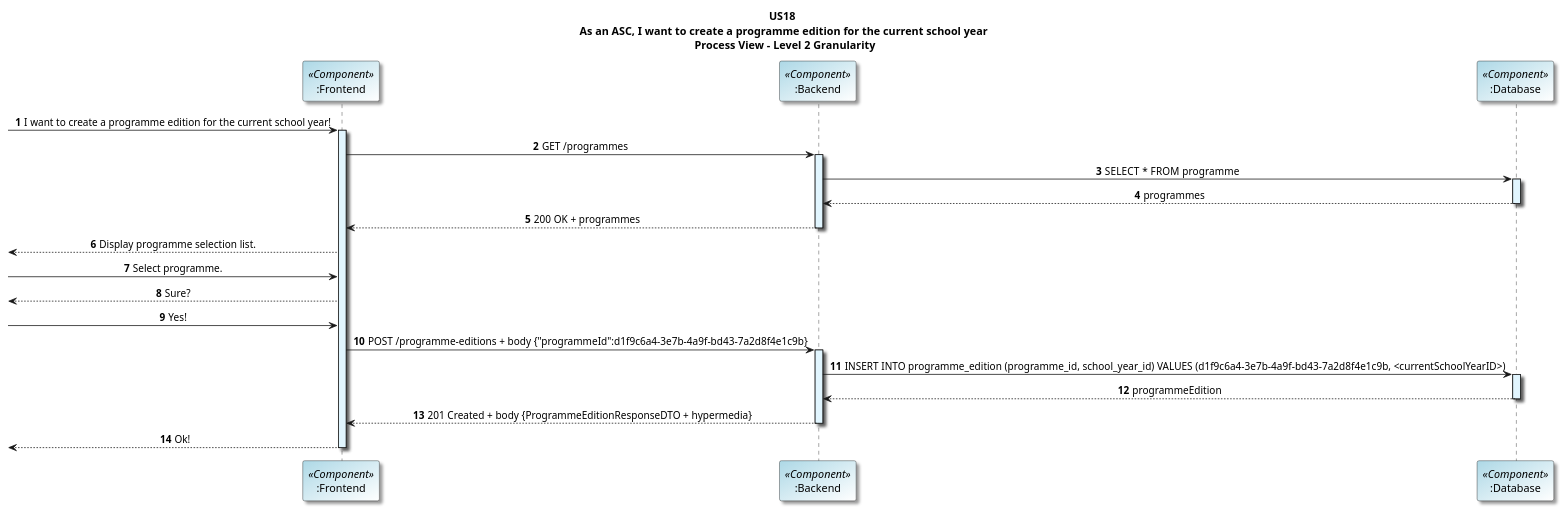
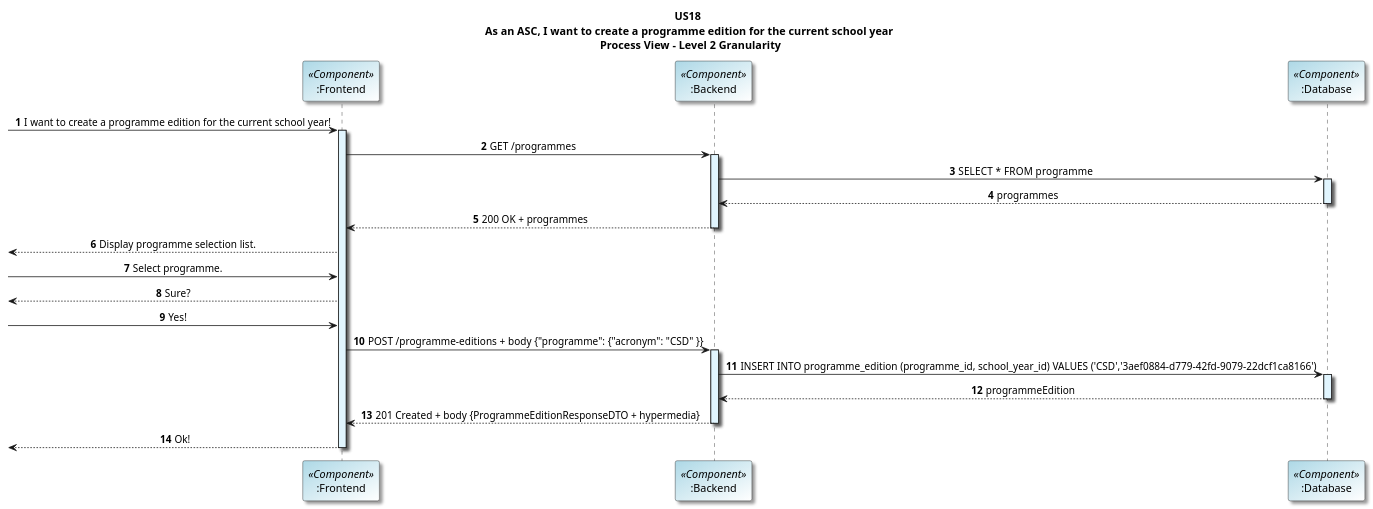
The diagram in docs/US18/sprint7_RestAPI/processView/CreateProgrammeEditionForCurrentSchoolYear_Level2Granularity.puml (GasparISEP/DevOps-PAI), drawn with PlantUML before and after one commit. The commit also changed 1 other file, not shown here.

Commit message:
Closes #695, Refs #666: Minor updates on L2 and L3 Process View diagrams

```diff
--- a/docs/US18/sprint7_RestAPI/processView/CreateProgrammeEditionForCurrentSchoolYear_Level2Granularity.puml
+++ b/docs/US18/sprint7_RestAPI/processView/CreateProgrammeEditionForCurrentSchoolYear_Level2Granularity.puml
@@ -1,51 +1,51 @@
 @startuml
 
 title US18 \n As an ASC, I want to create a programme edition for the current school year \n Process View - Level 2 Granularity
 skinparam titleFontName "Verdana"
 skinparam defaultFontName "Verdana"
 skinparam defaultTextAlignment center
 skinparam shadowing true
 skinparam actorBackgroundColor #lightblue
 skinparam participantBackgroundColor #lightblue/white
 autonumber
 
 
 participant ":Frontend" as frontend <<Component>>
 participant ":Backend" as backend <<Component>>
 participant ":Database" as DB <<Component>>
 
 -> frontend: I want to create a programme edition for the current school year!
 activate frontend #E1F5FE
 
 frontend -> backend: GET /programmes
 activate backend #E1F5FE
 backend -> DB: SELECT *  FROM programme
 activate DB #E1F5FE
 DB --> backend: programmes
 deactivate DB
 backend --> frontend: 200 OK + programmes
 deactivate backend
 <-- frontend: Display programme selection list.
 
 -> frontend: Select programme.
 
 
 <-- frontend: Sure?
 
 -> frontend: Yes!
 
-frontend -> backend: POST /programme-editions + body {"programmeId":d1f9c6a4-3e7b-4a9f-bd43-7a2d8f4e1c9b}
+frontend -> backend: POST /programme-editions + body {"programme": {"acronym": "CSD" }}
 activate backend #E1F5FE
-backend -> DB: INSERT INTO programme_edition (programme_id, school_year_id) VALUES (d1f9c6a4-3e7b-4a9f-bd43-7a2d8f4e1c9b, <currentSchoolYearID>)
+backend -> DB: INSERT INTO programme_edition (programme_id, school_year_id) VALUES ('CSD','3aef0884-d779-42fd-9079-22dcf1ca8166')
 activate DB #E1F5FE
 DB --> backend: programmeEdition
 deactivate DB
 
 
 backend --> frontend: 201 Created + body {ProgrammeEditionResponseDTO + hypermedia}
 deactivate backend
 
 <-- frontend: Ok!
 deactivate frontend
 
 @enduml
```
